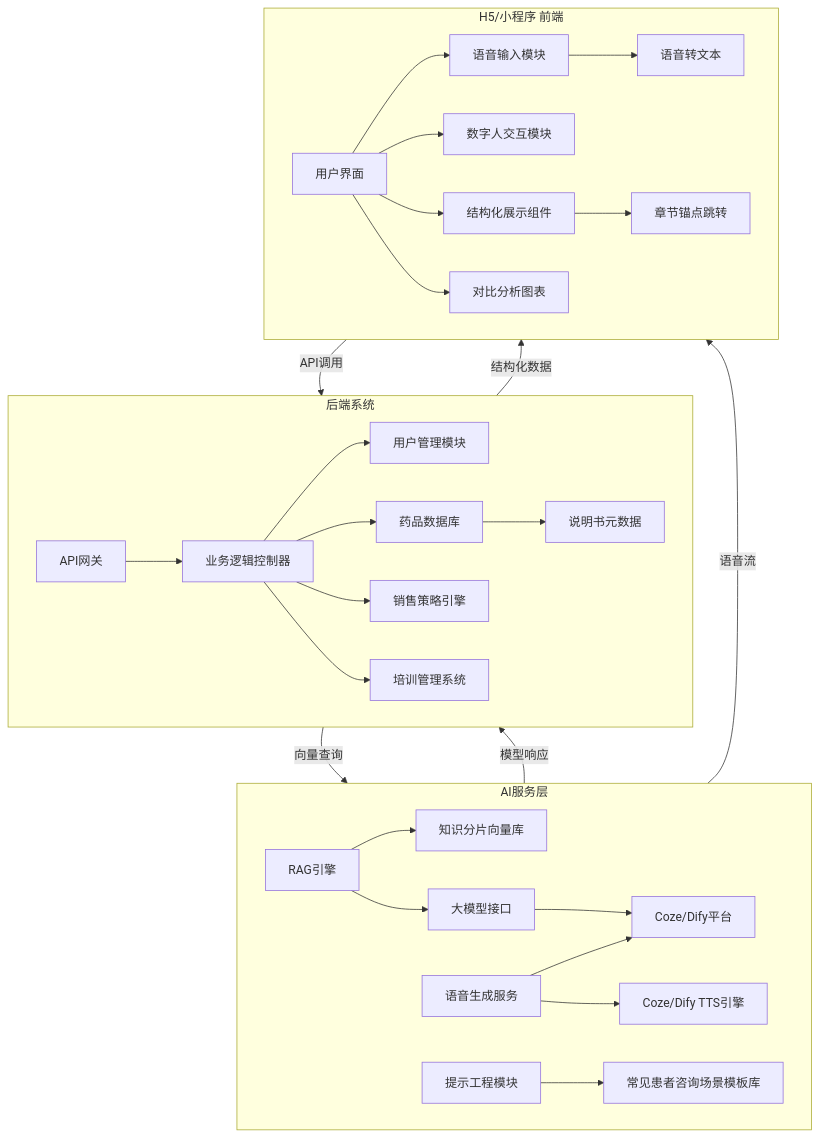
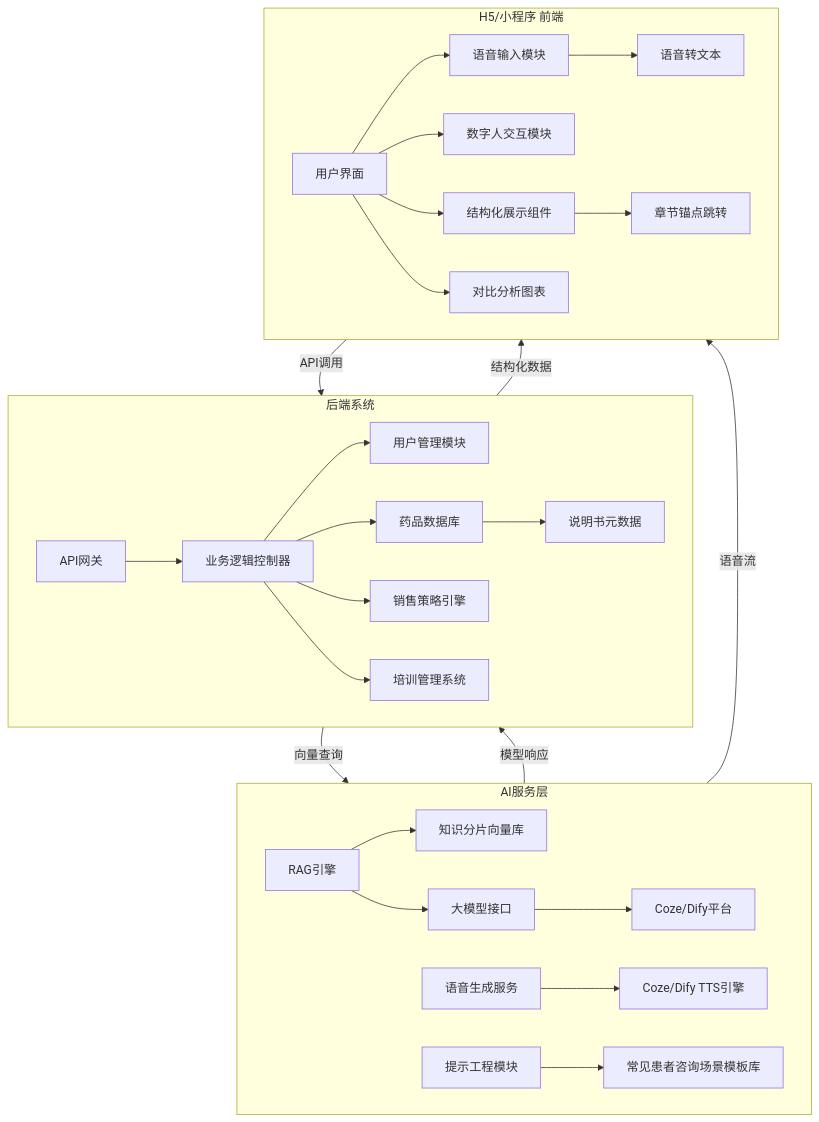
One commit to funnyData/iodraw-files changed the diagram in all/结构图.md. Above: the diagram before and after it, drawn with Mermaid.

Commit message:
2025-02-19 20:35:23 update

````diff
--- a/all/结构图.md
+++ b/all/结构图.md
@@ -1,39 +1,39 @@
 ```mermaid
 %% 结构图
 graph TD
     subgraph AI[AI服务层]
         O[RAG引擎] --> P[知识分片向量库]
         O --> Q[大模型接口]
         Q --> R[Coze/Dify平台]
-        S --> R
+        R
         S[语音生成服务] --> T[Coze/Dify TTS引擎]
         U[提示工程模块] --> V[常见患者咨询场景模板库]
     end
 
 
     subgraph Backend[后端系统]
         H[API网关] --> I[业务逻辑控制器]
         I --> J[用户管理模块]
         I --> K[药品数据库]
         I --> L[销售策略引擎]
         I --> M[培训管理系统]
         K --> N[说明书元数据]
     end
 
     subgraph Frontend[H5/小程序 前端]
         A[用户界面] --> B[语音输入模块]
         A --> C[数字人交互模块]
         A --> D[结构化展示组件]
         A --> E[对比分析图表]
         B --> F[语音转文本]
         D --> G[章节锚点跳转]
     end
 
 
 
     Frontend -->|API调用| Backend
     Backend -->|向量查询| AI
     AI -->|模型响应| Backend
     Backend -->|结构化数据| Frontend
     AI -->|语音流| Frontend
 ```
````
